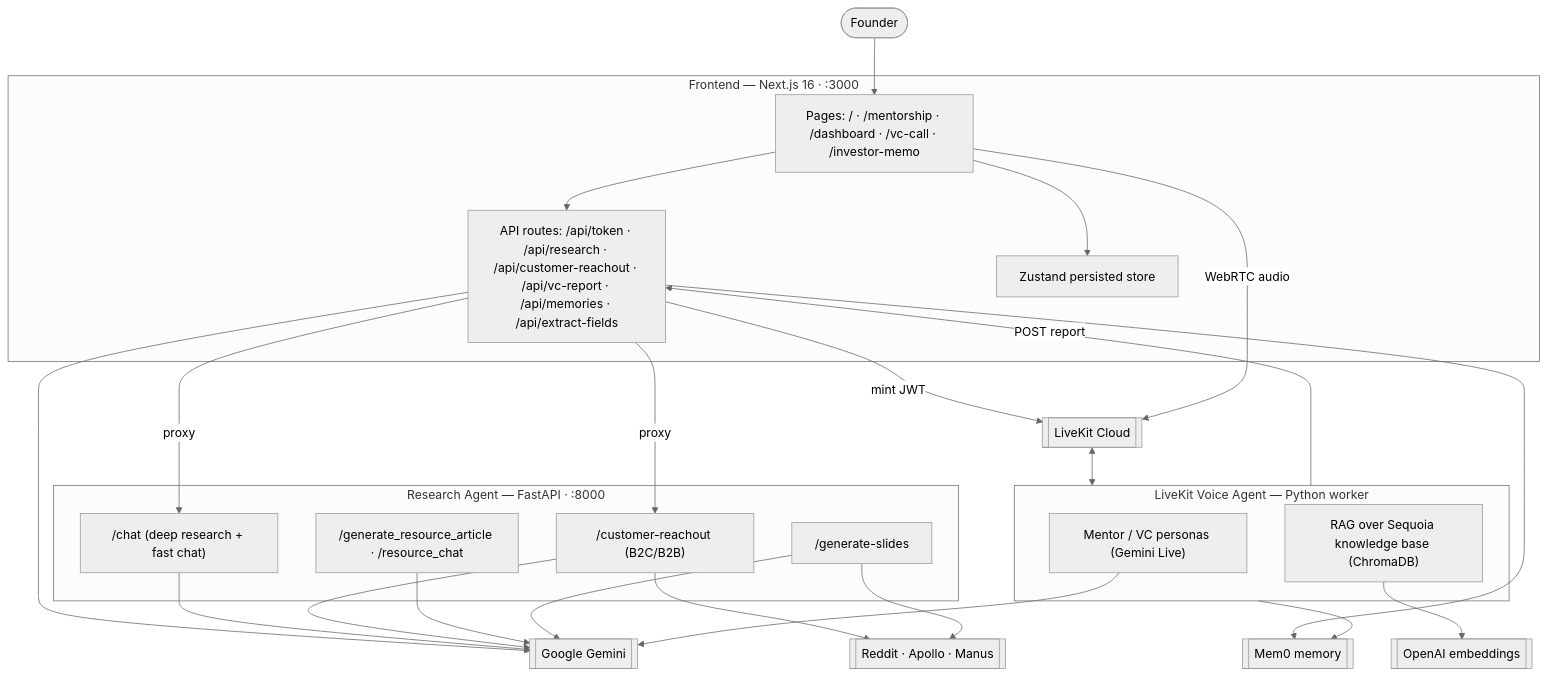
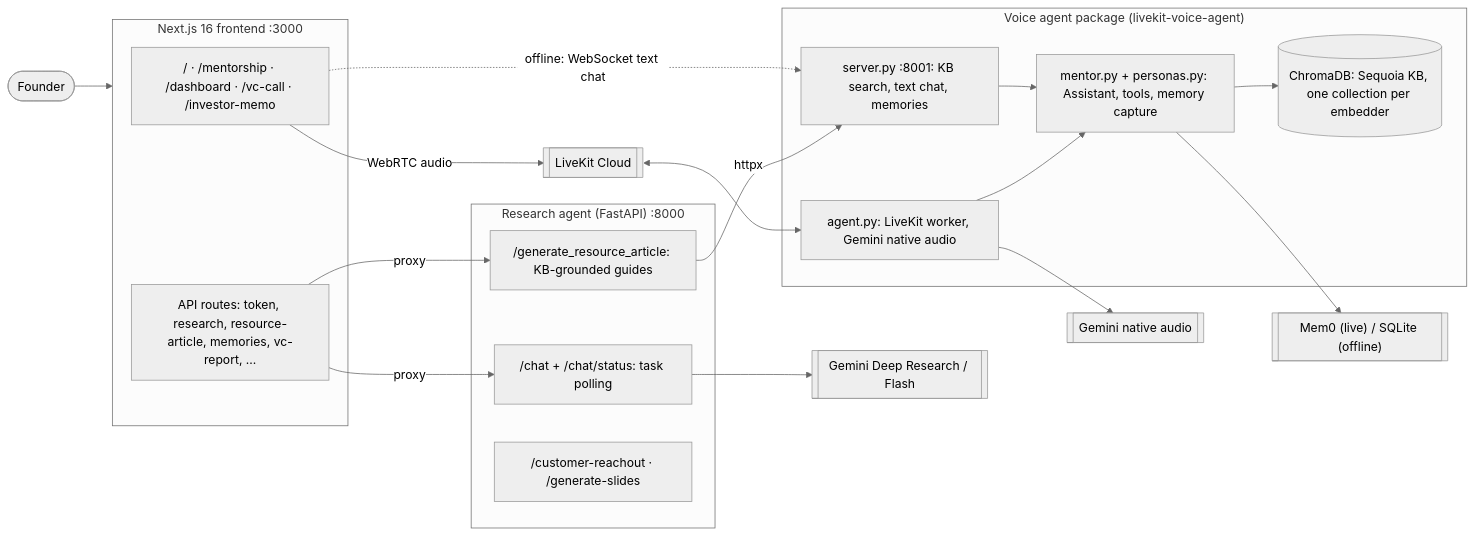
The diagram in README.md (krishmdev/vc-agent), drawn with Mermaid (neutral theme) before and after one commit. The commit also changed other lines of this file and 11 other files, not shown here.

First line of the commit message:
readme: offline and live modes, architecture, verification status, credits; add MIT license

````diff
--- a/README.md
+++ b/README.md
@@ -88,53 +56,35 @@
 ```mermaid
-graph TD
-    User([Founder])
+graph LR
+    User([Founder]) --> FE
 
-    subgraph Frontend["Frontend — Next.js 16 · :3000"]
-        Pages["Pages: / · /mentorship · /dashboard · /vc-call · /investor-memo"]
-        APIRoutes["API routes: /api/token · /api/research · /api/customer-reachout · /api/vc-report · /api/memories · /api/extract-fields"]
-        Store["Zustand persisted store"]
+    subgraph FE["Next.js 16 frontend :3000"]
+        Pages["/ · /mentorship · /dashboard · /vc-call · /investor-memo"]
+        Routes["API routes: token, research, resource-article, memories, vc-report, ..."]
     end
 
-    subgraph Research["Research Agent — FastAPI · :8000"]
-        Chat["/chat (deep research + fast chat)"]
-        Reach["/customer-reachout (B2C/B2B)"]
-        Resource["/generate_resource_article · /resource_chat"]
-        Slides["/generate-slides"]
+    subgraph RA["Research agent (FastAPI) :8000"]
+        Chat["/chat + /chat/status: task polling"]
+        Guides["/generate_resource_article: KB-grounded guides"]
+        Reach["/customer-reachout · /generate-slides"]
     end
 
-    subgraph Voice["LiveKit Voice Agent — Python worker"]
-        Persona["Mentor / VC personas (Gemini Live)"]
-        RAG["RAG over Sequoia knowledge base (ChromaDB)"]
+    subgraph VA["Voice agent package (livekit-voice-agent)"]
+        Worker["agent.py: LiveKit worker, Gemini native audio"]
+        Server["server.py :8001: KB search, text chat, memories"]
+        Core["mentor.py + personas.py: Assistant, tools, memory capture"]
+        KB[("ChromaDB: Sequoia KB, one collection per embedder")]
     end
 
-    LiveKitCloud[["LiveKit Cloud"]]
-    Gemini[["Google Gemini"]]
-    OpenAI[["OpenAI embeddings"]]
-    Mem0[["Mem0 memory"]]
-    DataAPIs[["Reddit · Apollo · Manus"]]
-
-    User --> Pages
-    Pages --> Store
-    Pages --> APIRoutes
-
-    APIRoutes -->|proxy| Chat
-    APIRoutes -->|proxy| Reach
-    APIRoutes -->|mint JWT| LiveKitCloud
-    APIRoutes --> Mem0
-    APIRoutes --> Gemini
-
-    Pages -->|WebRTC audio| LiveKitCloud
-    LiveKitCloud <--> Voice
-
-    Chat --> Gemini
-    Reach --> Gemini
-    Reach --> DataAPIs
-    Resource --> Gemini
-    Slides --> Gemini
-    Slides --> DataAPIs
-
-    Persona --> Gemini
-    RAG --> OpenAI
-    Voice --> Mem0
-    Voice -->|POST report| APIRoutes
+    Routes -->|proxy| Chat
+    Routes -->|proxy| Guides
+    Guides -->|httpx| Server
+    Pages -->|WebRTC audio| LK[["LiveKit Cloud"]]
+    LK <--> Worker
+    Pages -. offline: WebSocket text chat .-> Server
+    Worker --> Core
+    Server --> Core
+    Core --> KB
+    Core --> Mem[["Mem0 (live) / SQLite (offline)"]]
+    Chat --> Gem[["Gemini Deep Research / Flash"]]
+    Worker --> GemLive[["Gemini native audio"]]
 ```
````
